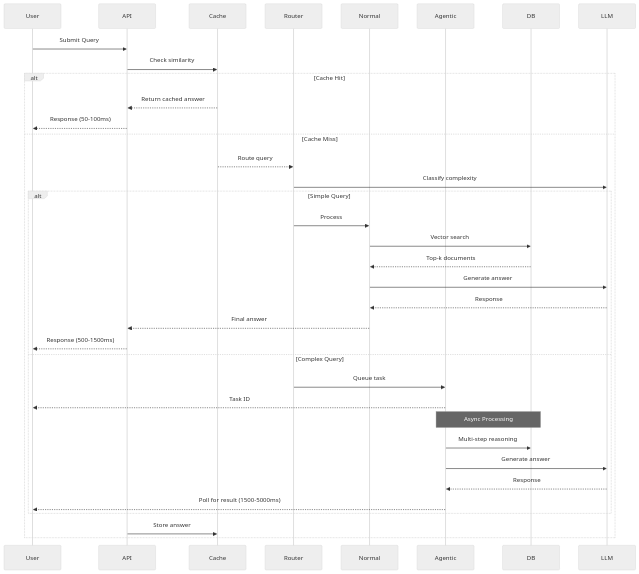
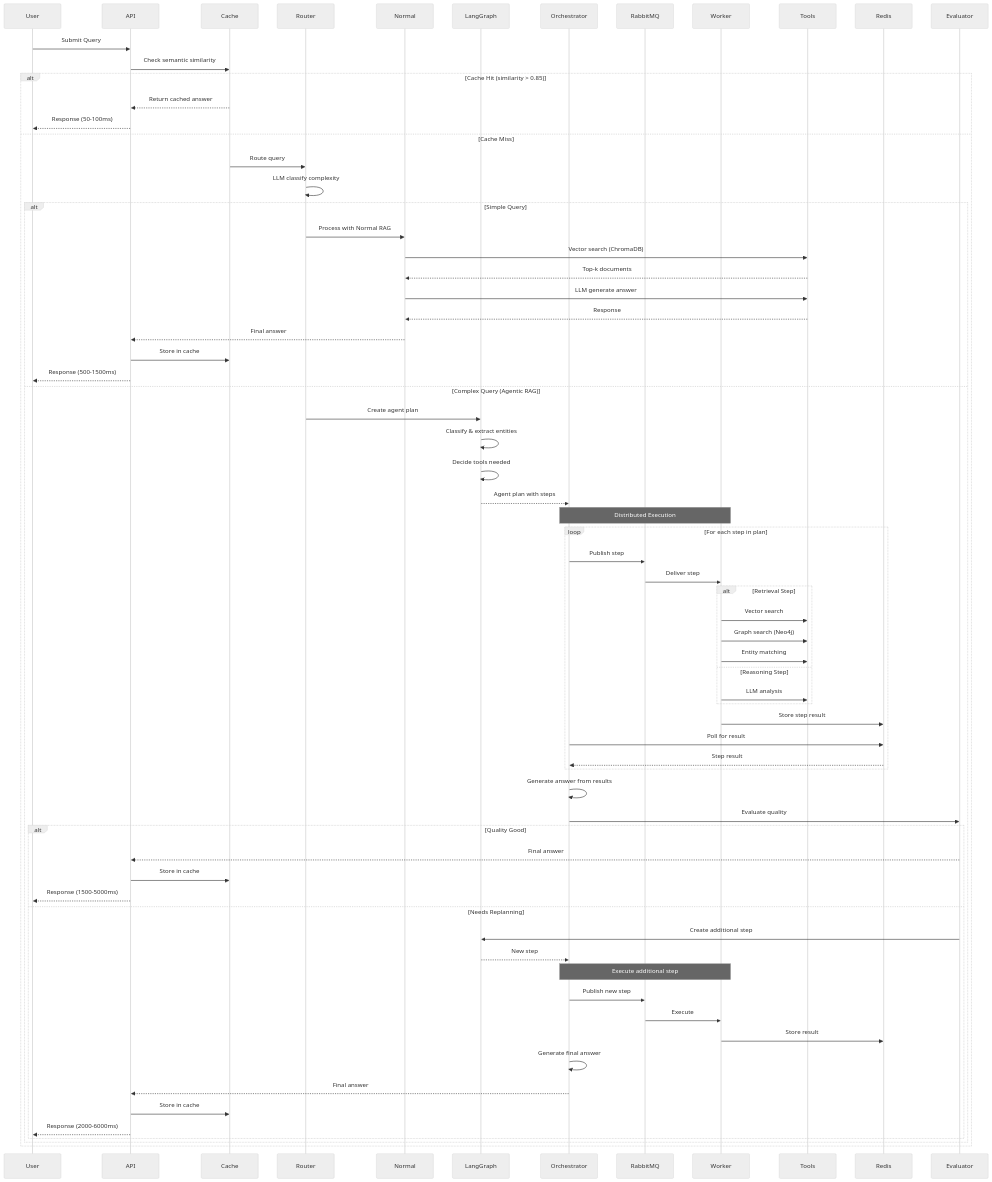
The second of 2 diagrams in README.md (Samrudhp/Niyanta), drawn with Mermaid (neutral theme) before and after one commit.

Commit message:
updated seuence diagram

````diff
--- a/README.md
+++ b/README.md
@@ -107,42 +107,82 @@
 ```mermaid
 sequenceDiagram
     participant User
     participant API
     participant Cache
     participant Router
     participant Normal
-    participant Agentic
-    participant DB
-    participant LLM
+    participant LangGraph
+    participant Orchestrator
+    participant RabbitMQ
+    participant Worker
+    participant Tools
+    participant Redis
+    participant Evaluator
     
     User->>API: Submit Query
-    API->>Cache: Check similarity
+    API->>Cache: Check semantic similarity
     
-    alt Cache Hit
+    alt Cache Hit (similarity > 0.85)
         Cache-->>API: Return cached answer
         API-->>User: Response (50-100ms)
     else Cache Miss
-        Cache-->>Router: Route query
-        Router->>LLM: Classify complexity
+        Cache->>Router: Route query
+        Router->>Router: LLM classify complexity
         
         alt Simple Query
-            Router->>Normal: Process
-            Normal->>DB: Vector search
-            DB-->>Normal: Top-k documents
-            Normal->>LLM: Generate answer
-            LLM-->>Normal: Response
+            Router->>Normal: Process with Normal RAG
+            Normal->>Tools: Vector search (ChromaDB)
+            Tools-->>Normal: Top-k documents
+            Normal->>Tools: LLM generate answer
+            Tools-->>Normal: Response
             Normal-->>API: Final answer
+            API->>Cache: Store in cache
             API-->>User: Response (500-1500ms)
-        else Complex Query
-            Router->>Agentic: Queue task
-            Agentic-->>User: Task ID
-            Note over Agentic,DB: Async Processing
-            Agentic->>DB: Multi-step reasoning
-            Agentic->>LLM: Generate answer
-            LLM-->>Agentic: Response
-            Agentic-->>User: Poll for result (1500-5000ms)
+            
+        else Complex Query (Agentic RAG)
+            Router->>LangGraph: Create agent plan
+            LangGraph->>LangGraph: Classify & extract entities
+            LangGraph->>LangGraph: Decide tools needed
+            LangGraph-->>Orchestrator: Agent plan with steps
+            
+            Note over Orchestrator,Worker: Distributed Execution
+            
+            loop For each step in plan
+                Orchestrator->>RabbitMQ: Publish step
+                RabbitMQ->>Worker: Deliver step
+                
+                alt Retrieval Step
+                    Worker->>Tools: Vector search
+                    Worker->>Tools: Graph search (Neo4j)
+                    Worker->>Tools: Entity matching
+                else Reasoning Step
+                    Worker->>Tools: LLM analysis
+                end
+                
+                Worker->>Redis: Store step result
+                Orchestrator->>Redis: Poll for result
+                Redis-->>Orchestrator: Step result
+            end
+            
+            Orchestrator->>Orchestrator: Generate answer from results
+            Orchestrator->>Evaluator: Evaluate quality
+            
+            alt Quality Good
+                Evaluator-->>API: Final answer
+                API->>Cache: Store in cache
+                API-->>User: Response (1500-5000ms)
+            else Needs Replanning
+                Evaluator->>LangGraph: Create additional step
+                LangGraph-->>Orchestrator: New step
+                Note over Orchestrator,Worker: Execute additional step
+                Orchestrator->>RabbitMQ: Publish new step
+                RabbitMQ->>Worker: Execute
+                Worker->>Redis: Store result
+                Orchestrator->>Orchestrator: Generate final answer
+                Orchestrator-->>API: Final answer
+                API->>Cache: Store in cache
+                API-->>User: Response (2000-6000ms)
+            end
         end
-        
-        API->>Cache: Store answer
     end
 ```
````
